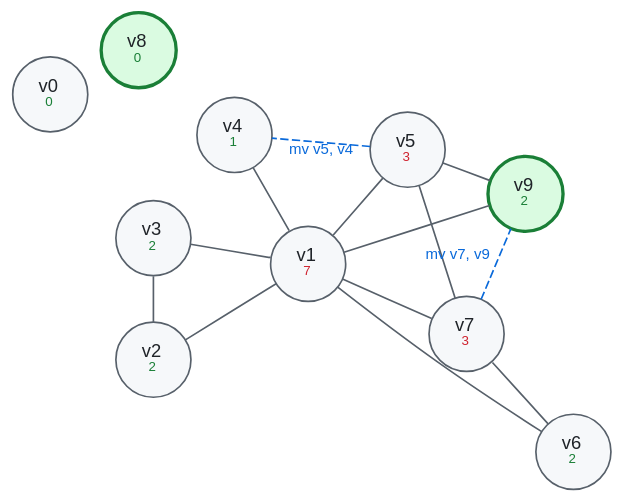
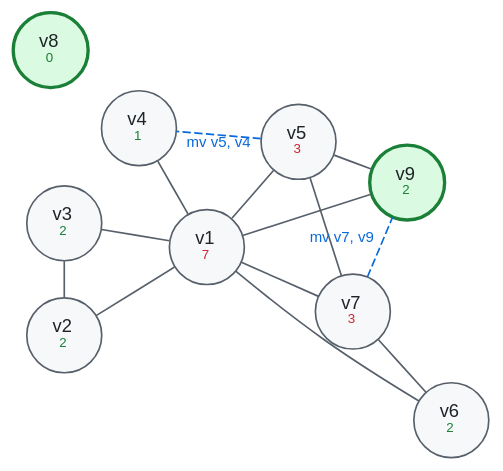
One commit to aita/CompLab changed the diagram in Sable/compiler/doc/figures/wt-7-round2.dot. Above: the diagram before and after it, drawn with Graphviz. The commit also changed 2 other files, not shown here.

Commit message:
A spilled value is not a node any more, and the text said otherwise
Section 8 claimed v0's degree fell from 5 to 0 because it "only exists between
the ld and the sd".  That is wrong twice.  The rewrite replaced v0's two
occurrences with v8 and v9, so v0 is in none of the instructions -- it is the
temporaries that live between a load and a store, and v0 lives at 0(sp).  A
value on the stack is not competing for a register, so it should not be drawn
as a vertex at all.

The round-two figure drops it, and the text says what happened to it instead of
giving it a degree.

The trace still prints `graph v0 degree 0` and `assign v0 -> a0`, because the
allocator's arrays are sized by num_regs and every index gets a row whether or
not the code still mentions it.  The section says so, so that running the
harness does not contradict the figure beside it.

```diff
--- a/Sable/compiler/doc/figures/wt-7-round2.dot
+++ b/Sable/compiler/doc/figures/wt-7-round2.dot
@@ -1,38 +1,39 @@
 // The graph the second round of the worked example starts from, after the
 // spilled v0 has been rewritten.  doc/regalloc.md section 7, step 7.
-// Straight out of tests/walkthrough.exe, like the wt-1..6 panels; the layout
-// is its own because this is a different graph -- v0 is isolated now.
+// Straight out of tests/walkthrough.exe, like the wt-1..6 panels, with one
+// thing left off: v0 lives at 0(sp) now and is in none of the instructions, so
+// it is not a node.  The allocator still has a row for the index and colours
+// it at the end, which means nothing; see doc/regalloc.md step 8.
 // Render with ./render.sh (needs graphviz).
 graph wt2 {
   layout = neato;
   overlap = false;
   splines = true;
   bgcolor = "transparent";
   node [shape = circle, style = filled, fillcolor = "#f6f8fa",
         color = "#57606a", fontcolor = "#1f2328",
         fontname = "Helvetica", fontsize = 11, width = 0.62, fixedsize = true];
   edge [color = "#57606a", dir = none, fontname = "Helvetica", fontsize = 9];
   v1 [label = <v1<BR/><FONT POINT-SIZE="8" COLOR="#cf222e">7</FONT>>, fillcolor = "#f6f8fa", color = "#57606a" pos = "0,0!"];
   v2 [label = <v2<BR/><FONT POINT-SIZE="8" COLOR="#1a7f37">2</FONT>>, fillcolor = "#f6f8fa", color = "#57606a" pos = "-2.1,-1.3!"];
   v3 [label = <v3<BR/><FONT POINT-SIZE="8" COLOR="#1a7f37">2</FONT>>, fillcolor = "#f6f8fa", color = "#57606a" pos = "-2.1,0.35!"];
   v4 [label = <v4<BR/><FONT POINT-SIZE="8" COLOR="#1a7f37">1</FONT>>, fillcolor = "#f6f8fa", color = "#57606a" pos = "-1,1.75!"];
   v5 [label = <v5<BR/><FONT POINT-SIZE="8" COLOR="#cf222e">3</FONT>>, fillcolor = "#f6f8fa", color = "#57606a" pos = "1.35,1.55!"];
   v9 [label = <v9<BR/><FONT POINT-SIZE="8" COLOR="#1a7f37">2</FONT>>, fillcolor = "#dafbe1", color = "#1a7f37", penwidth = 2 pos = "2.95,0.95!"];
   v7 [label = <v7<BR/><FONT POINT-SIZE="8" COLOR="#cf222e">3</FONT>>, fillcolor = "#f6f8fa", color = "#57606a" pos = "2.15,-0.95!"];
   v6 [label = <v6<BR/><FONT POINT-SIZE="8" COLOR="#1a7f37">2</FONT>>, fillcolor = "#f6f8fa", color = "#57606a" pos = "3.6,-2.55!"];
-  v0 [label = <v0<BR/><FONT POINT-SIZE="8" COLOR="#1a7f37">0</FONT>>, fillcolor = "#f6f8fa", color = "#57606a" pos = "-3.5,2.3!"];
   v8 [label = <v8<BR/><FONT POINT-SIZE="8" COLOR="#1a7f37">0</FONT>>, fillcolor = "#dafbe1", color = "#1a7f37", penwidth = 2 pos = "-2.3,2.9!"];
   v1 -- v2;
   v1 -- v3;
   v1 -- v4;
   v1 -- v5;
   v1 -- v6;
   v1 -- v7;
   v1 -- v9;
   v2 -- v3;
   v5 -- v7;
   v5 -- v9;
   v6 -- v7;
   v7 -- v9 [style = dashed, color = "#0969da", label = "mv v7, v9", fontcolor = "#0969da"];
   v5 -- v4 [style = dashed, color = "#0969da", label = "mv v5, v4", fontcolor = "#0969da"];
 }
```
